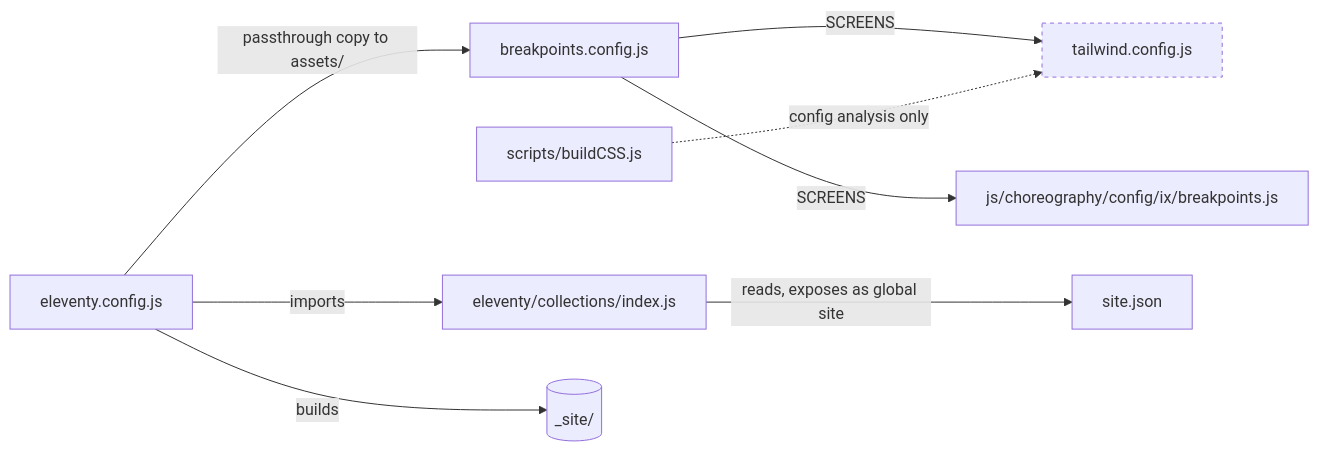
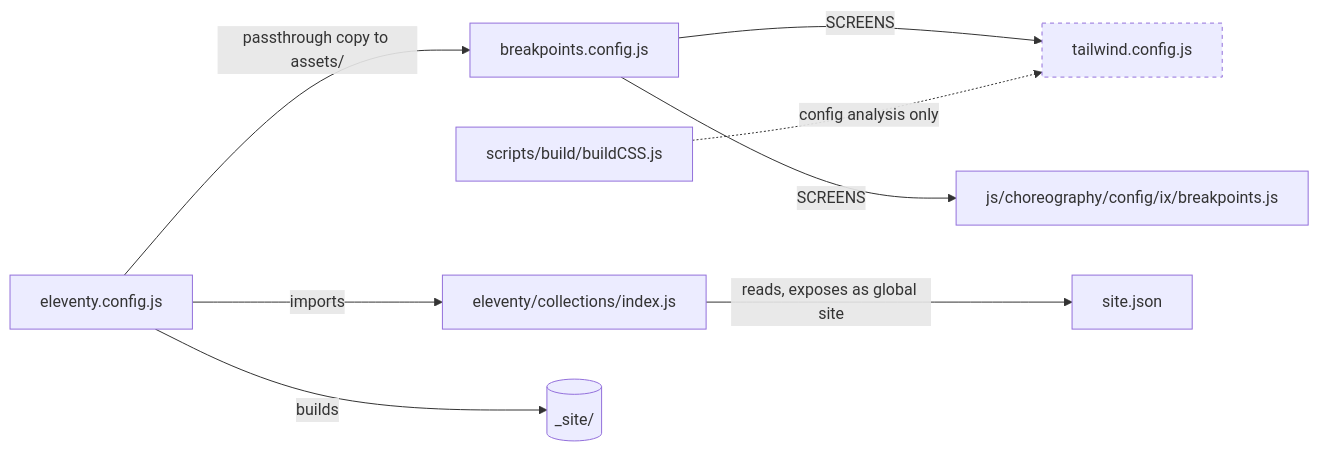
Before and after one commit to datainkio/portfolio-frontend: the diagram in README.md, drawn with Mermaid. The commit also changed 40 other files, not shown here.

````diff
--- a/README.md
+++ b/README.md
@@ -34,23 +34,23 @@
 ```mermaid
 flowchart LR
   bp[breakpoints.config.js]
   site[site.json]
   eleventy[eleventy.config.js]
   tw[tailwind.config.js]
 
   choreo[js/choreography/config/ix/breakpoints.js]
   collections[eleventy/collections/index.js]
-  buildcss[scripts/buildCSS.js]
+  buildcss[scripts/build/buildCSS.js]
   out[(_site/)]
 
   bp -- "SCREENS" --> tw
   bp -- "SCREENS" --> choreo
   eleventy -- "passthrough copy to assets/" --> bp
   eleventy -- "imports" --> collections
   collections -- "reads, exposes as global site" --> site
   eleventy -- "builds" --> out
   buildcss -. "config analysis only" .-> tw
 
   classDef idle stroke-dasharray: 4 4
   class tw,postcss idle
 ```
````
